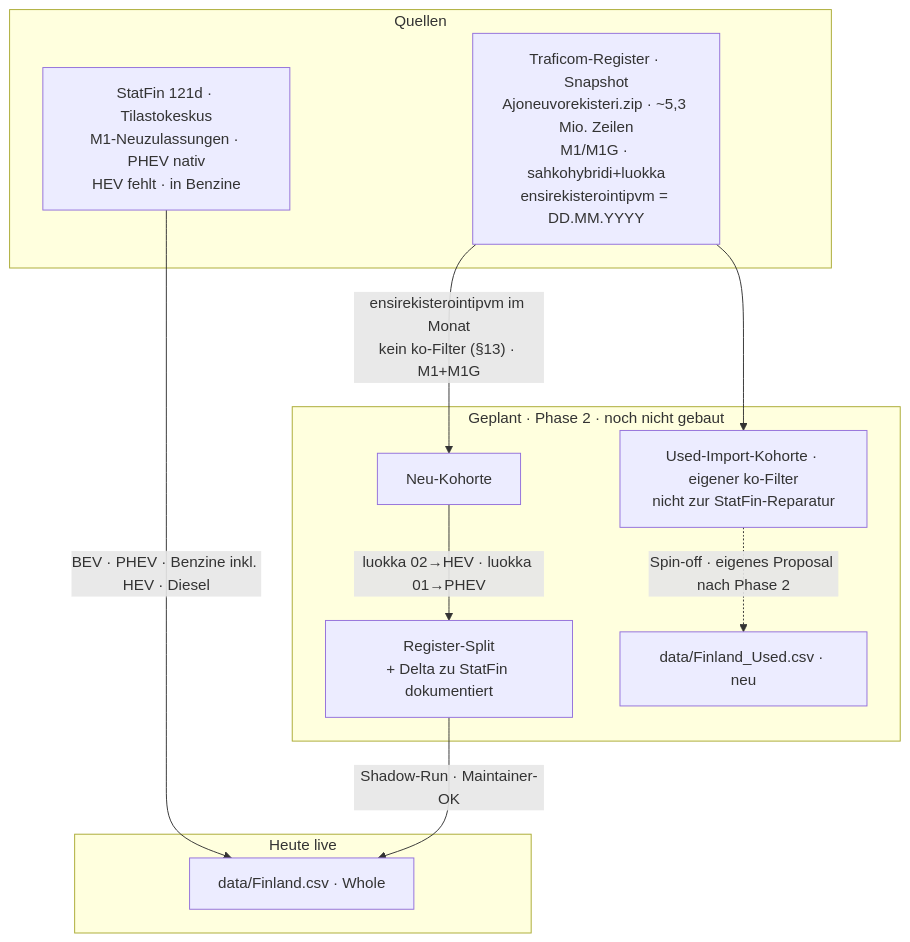
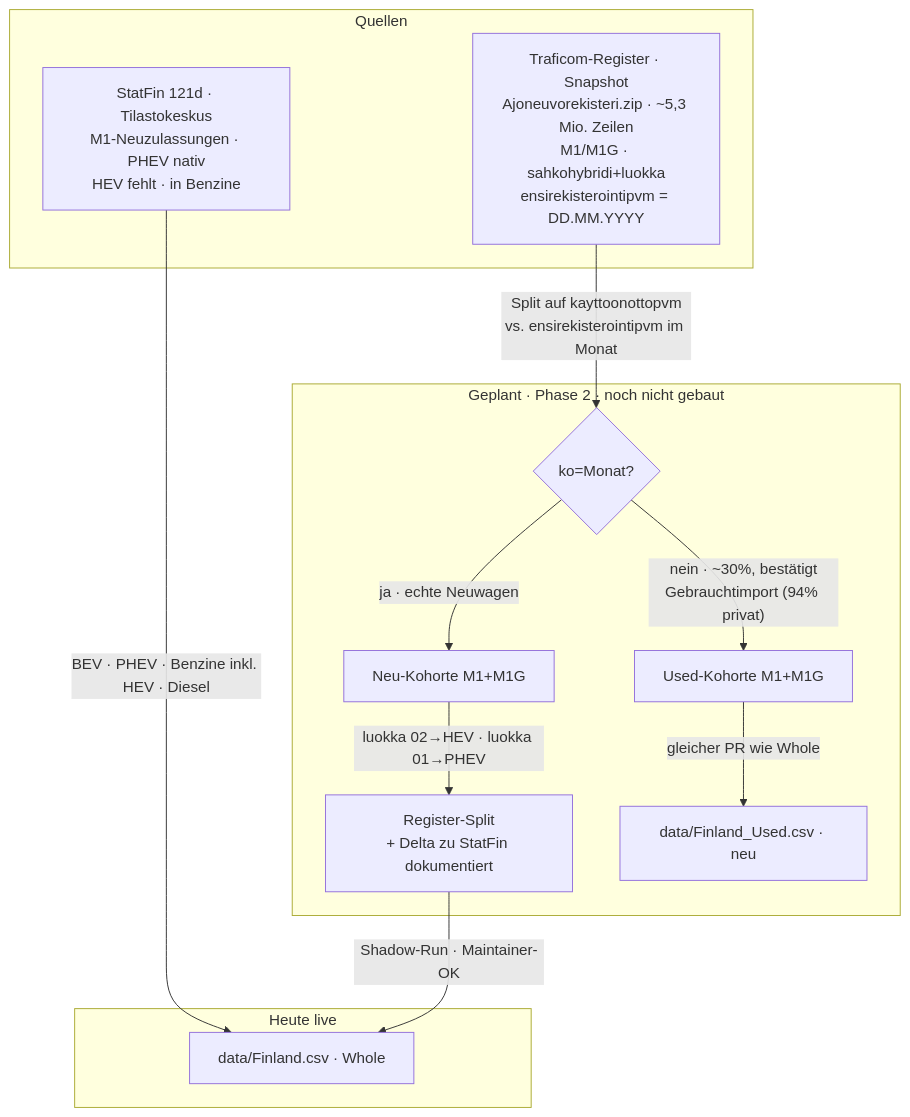
Before and after one commit to LeRaffl/LeRaffl-Gallery: the second of 2 diagrams in docs/architecture/66-proposal-primary-register-hev.md, drawn with Mermaid. The commit also changed other lines of this file, not shown here.

First line of the commit message:
docs: FI scope decided — Whole stays ko=month, Used is part of Phase 2

````diff
--- a/docs/architecture/66-proposal-primary-register-hev.md
+++ b/docs/architecture/66-proposal-primary-register-hev.md
@@ -501,17 +501,18 @@
 ```mermaid
 flowchart TB
     subgraph Q["Quellen"]
         TRA["Traficom-Register · Snapshot<br/>Ajoneuvorekisteri.zip · ~5,3 Mio. Zeilen<br/>M1/M1G · sahkohybridi+luokka<br/>ensirekisterointipvm = DD.MM.YYYY"]
         SF["StatFin 121d · Tilastokeskus<br/>M1-Neuzulassungen · PHEV nativ<br/>HEV fehlt · in Benzine"]
     end
     subgraph LIVE["Heute live"]
         SF -->|"BEV · PHEV · Benzine inkl. HEV · Diesel"| FCSV["data/Finland.csv · Whole"]
     end
     subgraph PLAN["Geplant · Phase 2 · noch nicht gebaut"]
-        TRA -->|"ensirekisterointipvm im Monat<br/>kein ko-Filter (§13) · M1+M1G"| NEU["Neu-Kohorte"]
-        TRA --> US["Used-Import-Kohorte · eigener ko-Filter<br/>nicht zur StatFin-Reparatur"]
+        TRA -->|"Split auf kayttoonottopvm<br/>vs. ensirekisterointipvm im Monat"| SPLIT{"ko=Monat?"}
+        SPLIT -->|"ja · echte Neuwagen"| NEU["Neu-Kohorte M1+M1G"]
+        SPLIT -->|"nein · ~30%, bestätigt<br/>Gebrauchtimport (94% privat)"| US["Used-Kohorte M1+M1G"]
         NEU -->|"luokka 02→HEV · luokka 01→PHEV"| FSP["Register-Split<br/>+ Delta zu StatFin dokumentiert"]
         FSP -->|"Shadow-Run · Maintainer-OK"| FCSV
-        US -.->|"Spin-off · eigenes Proposal nach Phase 2"| FUV["data/Finland_Used.csv · neu"]
+        US -->|"gleicher PR wie Whole"| FUV["data/Finland_Used.csv · neu"]
     end
 ```
````
